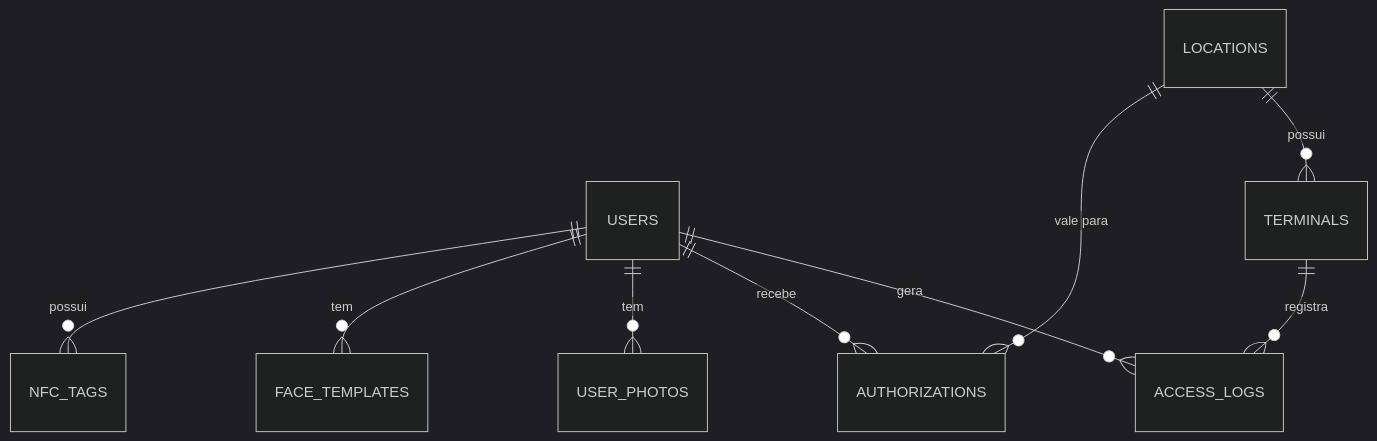
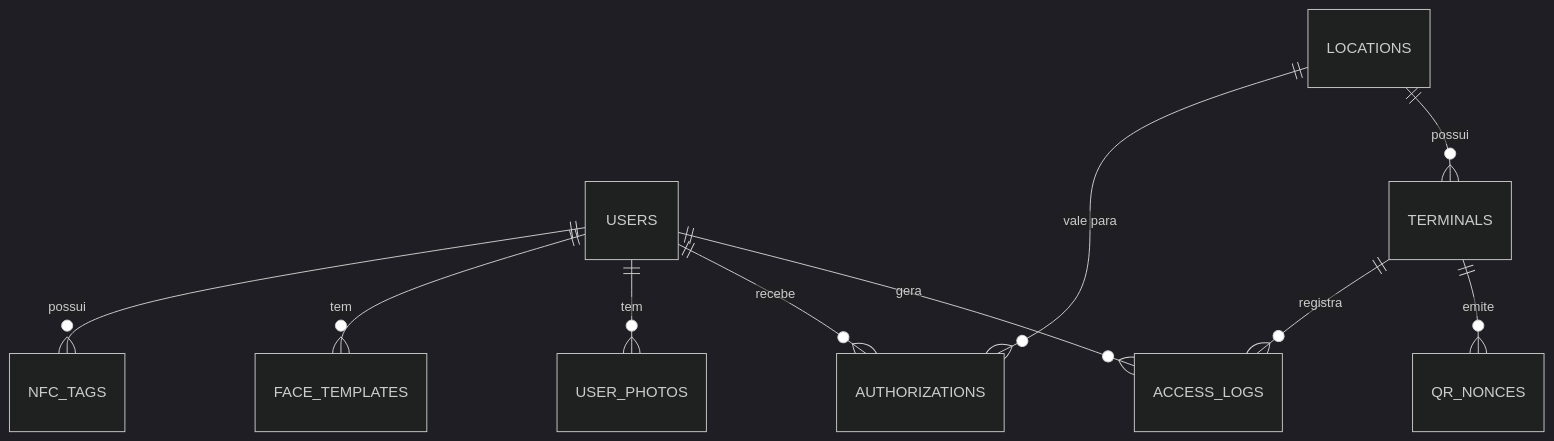
One commit to Helloworld-fatec/access-control changed the fifth of 5 diagrams in docs/arquitetura.md. Above: the diagram before and after it, drawn with Mermaid (dark theme). The commit also changed other lines of this file and 3 other files, not shown here.

````diff
--- a/docs/arquitetura.md
+++ b/docs/arquitetura.md
@@ -202,11 +205,12 @@
 ```mermaid
 erDiagram
   USERS ||--o{ NFC_TAGS : possui
   USERS ||--o{ FACE_TEMPLATES : tem
   USERS ||--o{ USER_PHOTOS : tem
   USERS ||--o{ AUTHORIZATIONS : recebe
   LOCATIONS ||--o{ AUTHORIZATIONS : "vale para"
   LOCATIONS ||--o{ TERMINALS : possui
   USERS ||--o{ ACCESS_LOGS : gera
   TERMINALS ||--o{ ACCESS_LOGS : registra
+  TERMINALS ||--o{ QR_NONCES : emite
 ```
````
